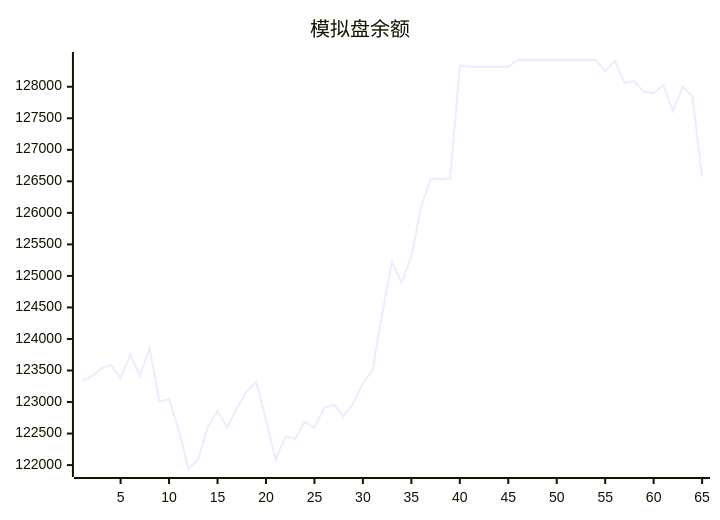
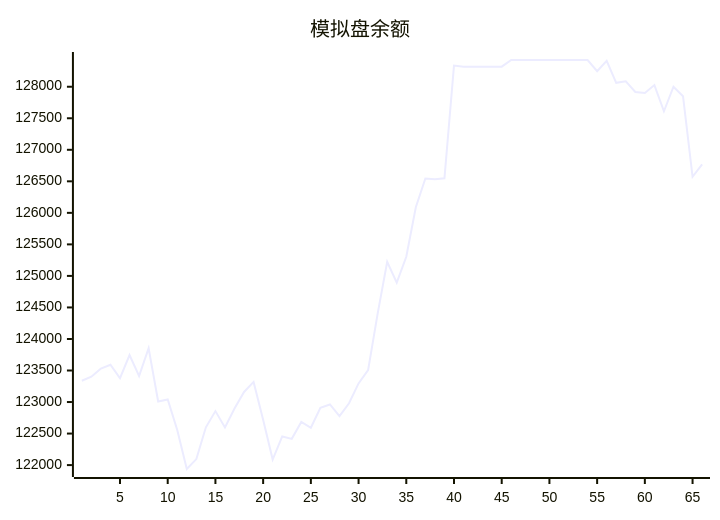
One commit to aahl/mcp-aktools changed the diagram in trading/README.md. Above: the diagram before and after it, drawn with Mermaid. The commit also changed other lines of this file and 1 other file, not shown here.

````diff
--- a/trading/README.md
+++ b/trading/README.md
@@ -3,5 +3,5 @@
 ```mermaid
 xychart
     title "模拟盘余额"
-    line [123338,123402,123530,123592,123378,123745,123413,123853,123009,123040,122557,121938,122095,122599,122856,122597,122898,123160,123319,122719,122087,122454,122416,122685,122592,122907,122961,122776,122981,123295,123507,124403,125224,124894,125303,126088,126544,126534,126549,128335,128318,128318,128318,128318,128318,128424,128424,128424,128424,128424,128424,128424,128424,128424,128247,128412,128062,128087,127917,127901,128026,127611,128000,127850,126572]
+    line [123338,123402,123530,123592,123378,123745,123413,123853,123009,123040,122557,121938,122095,122599,122856,122597,122898,123160,123319,122719,122087,122454,122416,122685,122592,122907,122961,122776,122981,123295,123507,124403,125224,124894,125303,126088,126544,126534,126549,128335,128318,128318,128318,128318,128318,128424,128424,128424,128424,128424,128424,128424,128424,128424,128247,128412,128062,128087,127917,127901,128026,127611,128000,127850,126572,126770]
 ```
````
